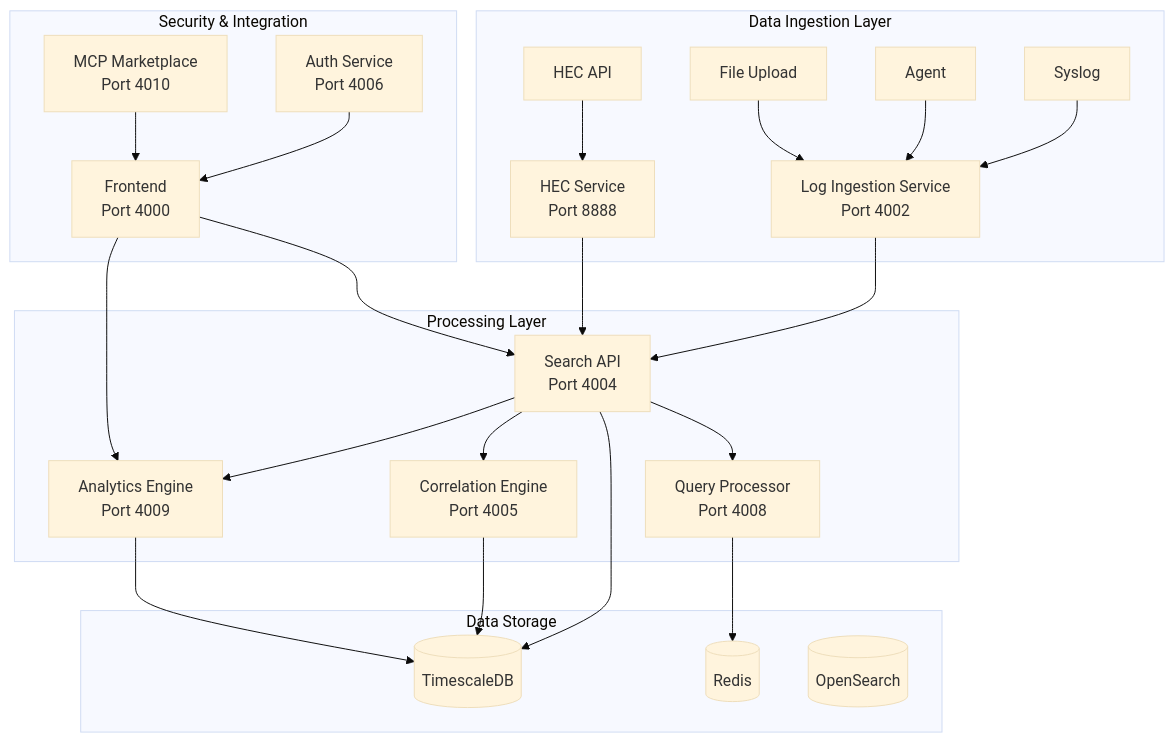
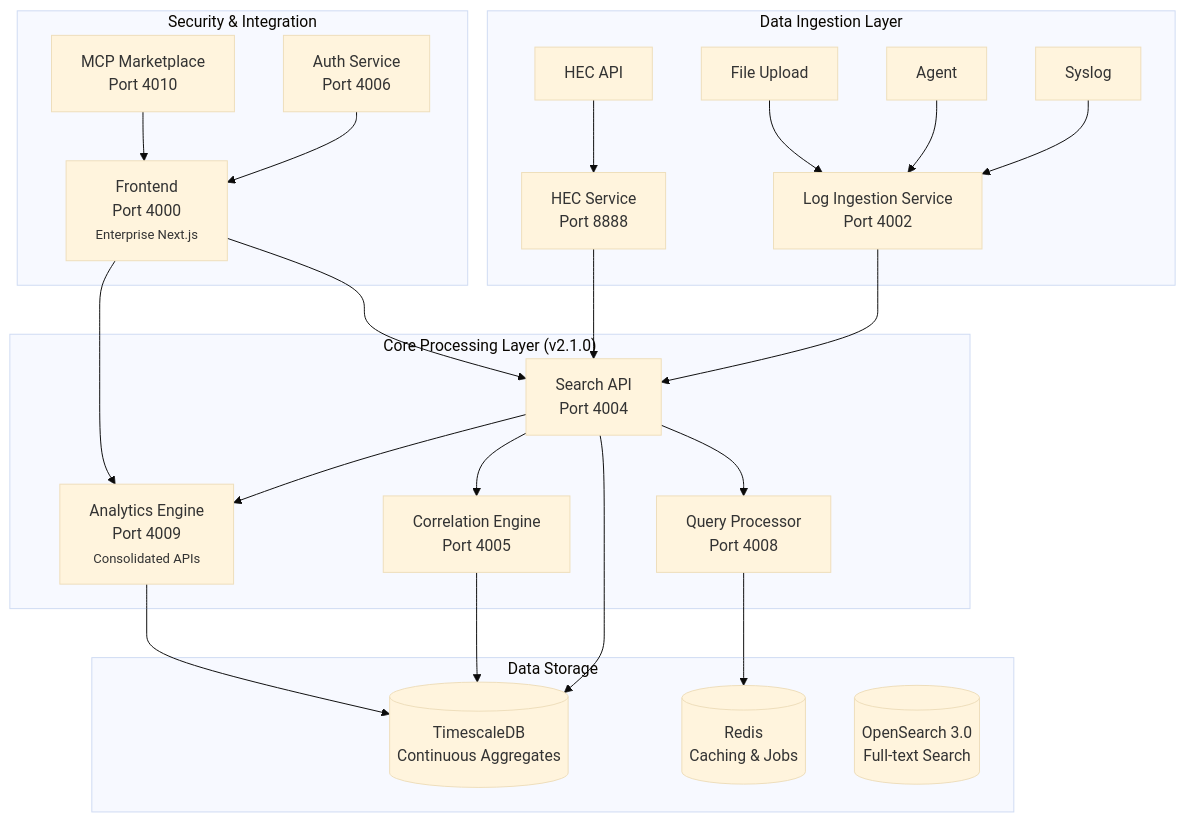
Before and after one commit to itrimble/SecureWatch: the diagram in docs/index.md, drawn with Mermaid (base theme). The commit also changed other lines of this file and 19 other files, not shown here.

````diff
--- a/docs/index.md
+++ b/docs/index.md
@@ -141,35 +141,35 @@
 ```{mermaid}
 graph TB
     subgraph "Data Ingestion Layer"
         A[Syslog] --> D[Log Ingestion Service<br/>Port 4002]
         B[HEC API] --> E[HEC Service<br/>Port 8888]
         C[Agent] --> D
         F[File Upload] --> D
     end
     
-    subgraph "Processing Layer"
+    subgraph "Core Processing Layer (v2.1.0)"
         D --> G[Search API<br/>Port 4004]
         E --> G
         G --> H[Correlation Engine<br/>Port 4005]
-        G --> I[Analytics Engine<br/>Port 4009]
+        G --> I[Analytics Engine<br/>Port 4009<br/><small>Consolidated APIs</small>]
         G --> J[Query Processor<br/>Port 4008]
     end
     
     subgraph "Security & Integration"
-        K[Auth Service<br/>Port 4006] --> L[Frontend<br/>Port 4000]
+        K[Auth Service<br/>Port 4006] --> L[Frontend<br/>Port 4000<br/><small>Enterprise Next.js</small>]
         M[MCP Marketplace<br/>Port 4010] --> L
     end
     
     subgraph "Data Storage"
-        N[(TimescaleDB)]
-        O[(Redis)]
-        P[(OpenSearch)]
+        N[(TimescaleDB<br/>Continuous Aggregates)]
+        O[(Redis<br/>Caching & Jobs)]
+        P[(OpenSearch 3.0<br/>Full-text Search)]
     end
     
     G --> N
     H --> N
     I --> N
     J --> O
     L --> G
     L --> I
 ```
````
